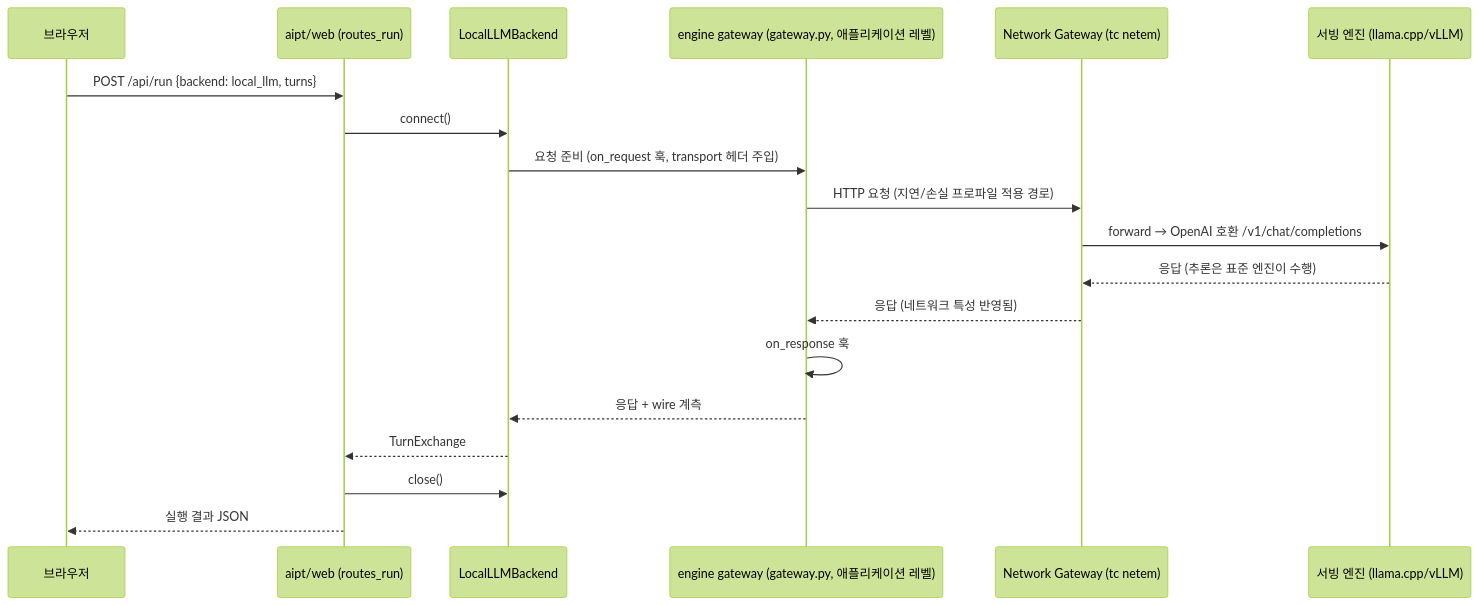
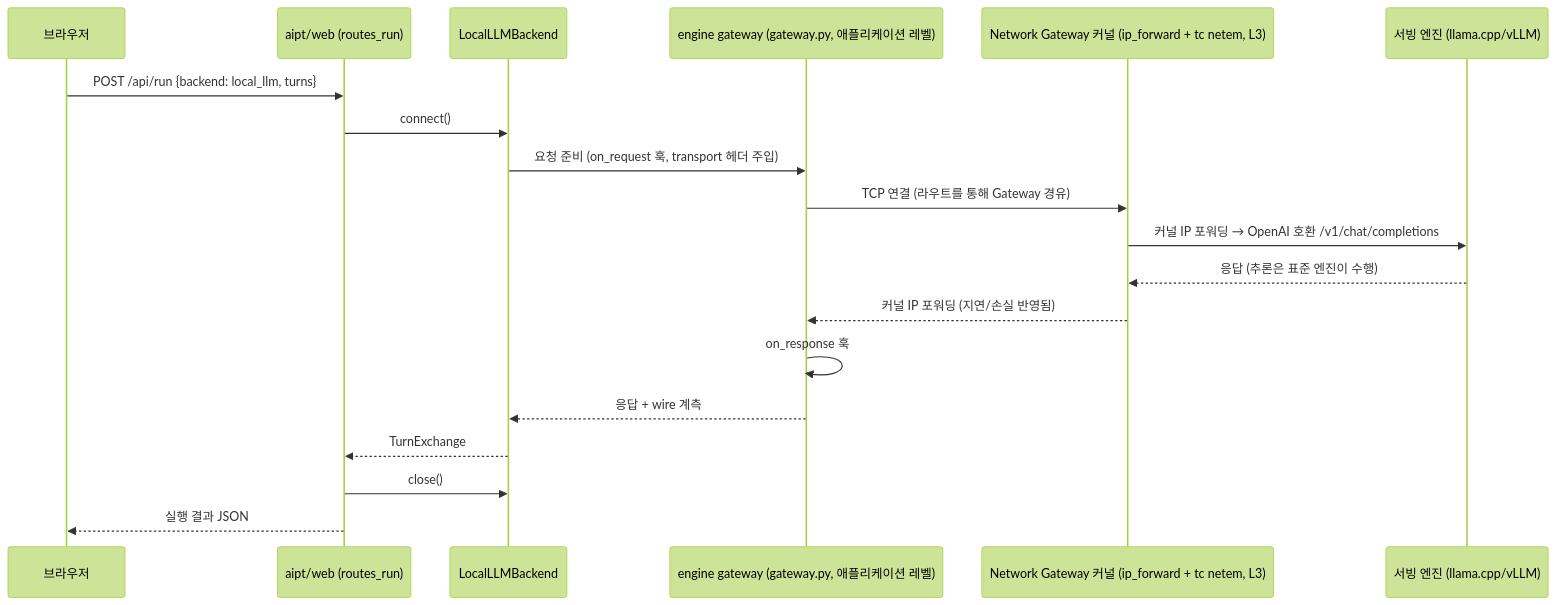
One commit to sangrokhan/remote_work changed the fourth of 4 diagrams in AIPT/ARCHITECTURE.md. Above: the diagram before and after it, drawn with Mermaid (forest theme). The commit also changed other lines of this file and 20 other files, not shown here.

````diff
--- a/AIPT/ARCHITECTURE.md
+++ b/AIPT/ARCHITECTURE.md
@@ -339,22 +399,22 @@
 ```mermaid
 sequenceDiagram
     participant U as 브라우저
     participant W as aipt/web (routes_run)
     participant B as LocalLLMBackend
     participant EG as engine gateway (gateway.py, 애플리케이션 레벨)
-    participant NG as Network Gateway (tc netem)
+    participant K as Network Gateway 커널 (ip_forward + tc netem, L3)
     participant E as 서빙 엔진 (llama.cpp/vLLM)
 
     U->>W: POST /api/run {backend: local_llm, turns}
     W->>B: connect()
     B->>EG: 요청 준비 (on_request 훅, transport 헤더 주입)
-    EG->>NG: HTTP 요청 (지연/손실 프로파일 적용 경로)
-    NG->>E: forward → OpenAI 호환 /v1/chat/completions
-    E-->>NG: 응답 (추론은 표준 엔진이 수행)
-    NG-->>EG: 응답 (네트워크 특성 반영됨)
+    EG->>K: TCP 연결 (라우트를 통해 Gateway 경유)
+    K->>E: 커널 IP 포워딩 → OpenAI 호환 /v1/chat/completions
+    E-->>K: 응답 (추론은 표준 엔진이 수행)
+    K-->>EG: 커널 IP 포워딩 (지연/손실 반영됨)
     EG->>EG: on_response 훅
     EG-->>B: 응답 + wire 계측
     B-->>W: TurnExchange
     W->>B: close()
     W-->>U: 실행 결과 JSON
 ```
````
